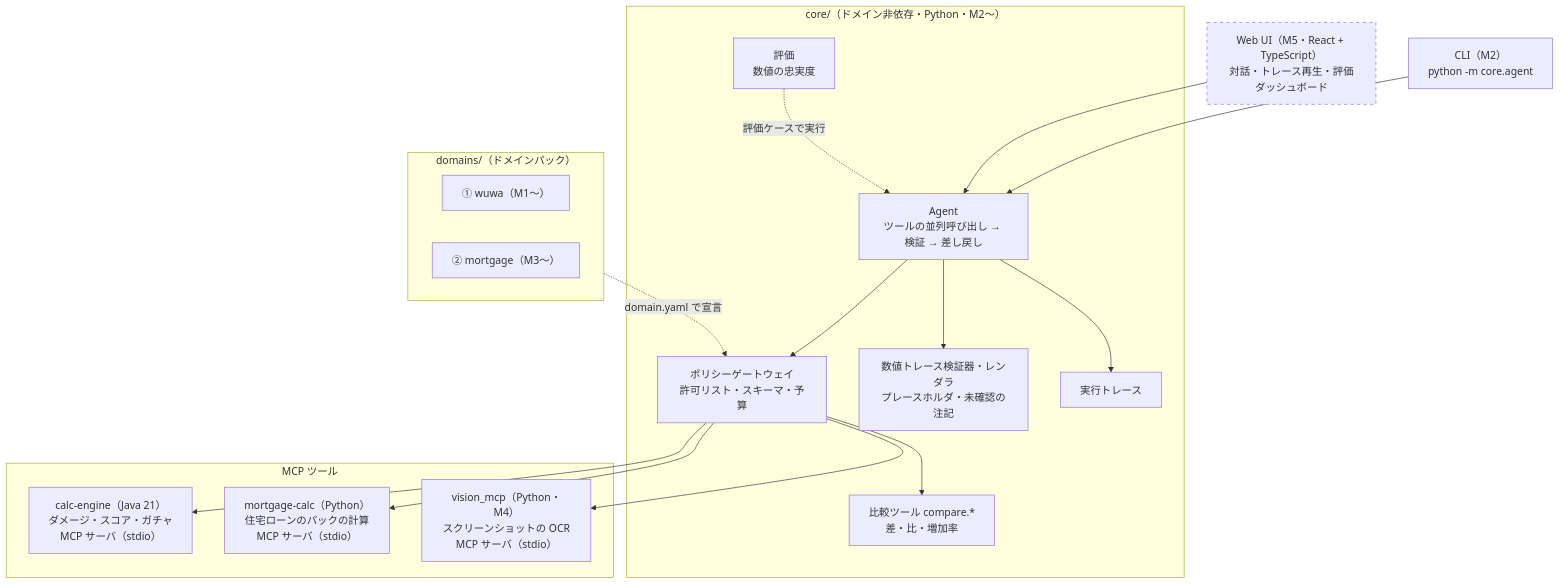
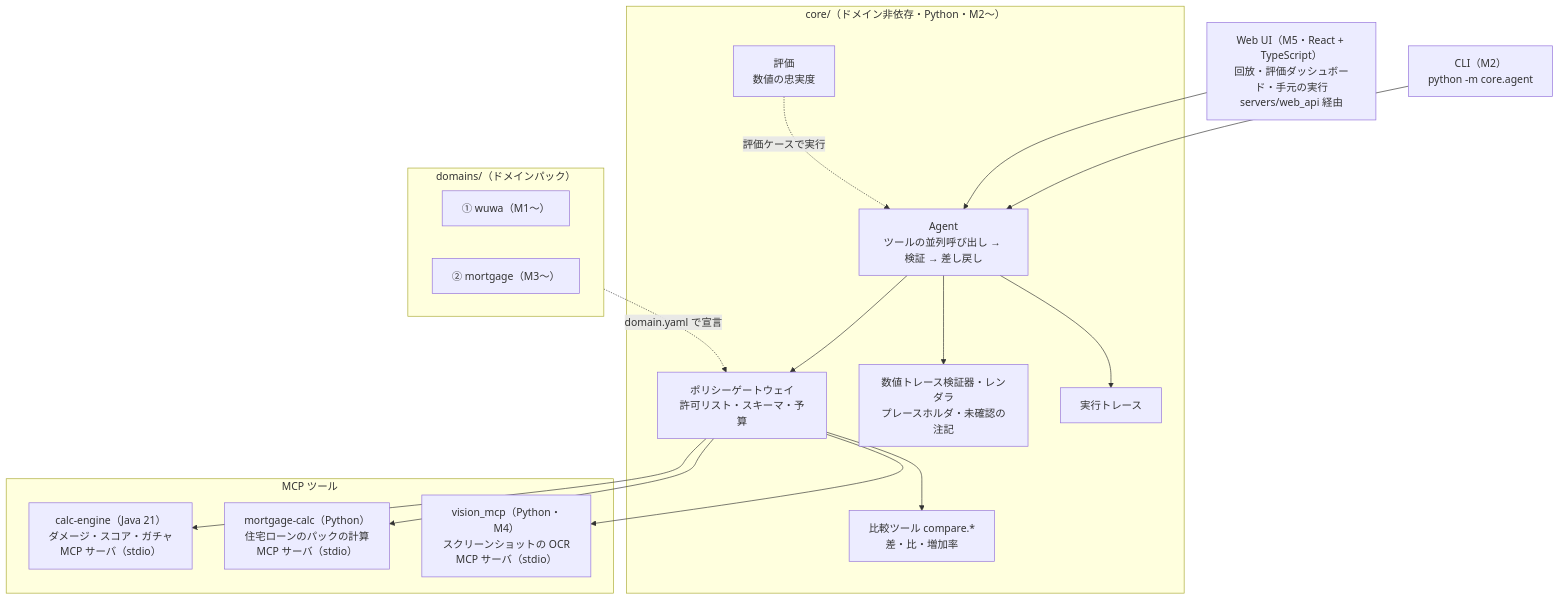
The first of 3 diagrams in docs/architecture.md (hexinlong9981/echolab), drawn with Mermaid before and after one commit. The commit also changed other lines of this file and 11 other files, not shown here.

````diff
--- a/docs/architecture.md
+++ b/docs/architecture.md
@@ -11,32 +11,30 @@
 ```mermaid
 flowchart TB
   CLI["CLI（M2）<br/>python -m core.agent"]
-  UI["Web UI（M5・React + TypeScript）<br/>対話・トレース再生・評価ダッシュボード"]
+  UI["Web UI（M5・React + TypeScript）<br/>回放・評価ダッシュボード・手元の実行<br/>servers/web_api 経由"]
   subgraph core["core/（ドメイン非依存・Python・M2〜）"]
     AG["Agent<br/>ツールの並列呼び出し → 検証 → 差し戻し"]
     GW["ポリシーゲートウェイ<br/>許可リスト・スキーマ・予算"]
     VF["数値トレース検証器・レンダラ<br/>プレースホルダ・未確認の注記"]
     CMP["比較ツール compare.*<br/>差・比・増加率"]
     EV["評価<br/>数値の忠実度"]
     TR["実行トレース"]
   end
   subgraph tools["MCP ツール"]
     CE["calc-engine（Java 21）<br/>ダメージ・スコア・ガチャ<br/>MCP サーバ（stdio）"]
     MC["mortgage-calc（Python）<br/>住宅ローンのパックの計算<br/>MCP サーバ（stdio）"]
     VM["vision_mcp（Python・M4）<br/>スクリーンショットの OCR<br/>MCP サーバ（stdio）"]
   end
   subgraph domains["domains/（ドメインパック）"]
     D1["① wuwa（M1〜）"]
     D3["② mortgage（M3〜）"]
   end
   CLI --> AG
   UI --> AG
   AG --> GW --> CE & MC & CMP & VM
   AG --> VF
   AG --> TR
   domains -. "domain.yaml で宣言" .-> GW
   EV -. "評価ケースで実行" .-> AG
 
-  classDef planned stroke-dasharray: 5 5
-  class UI planned
 ```
````
